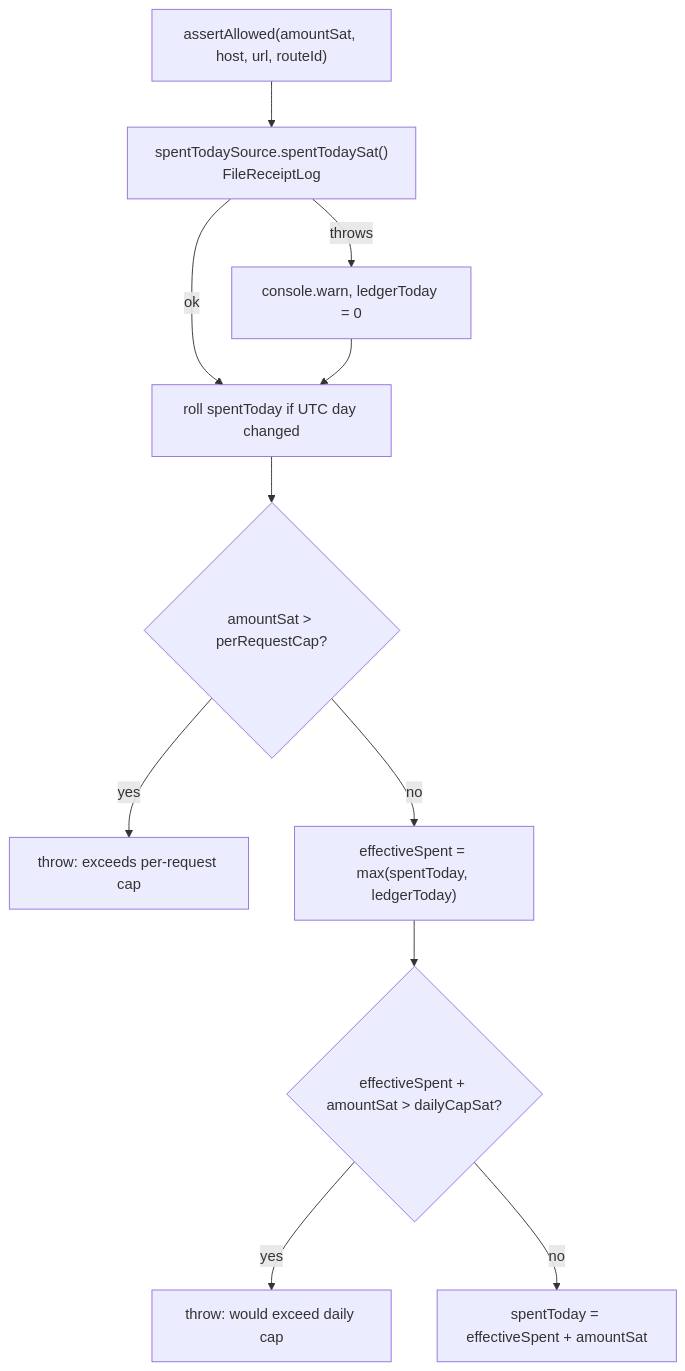
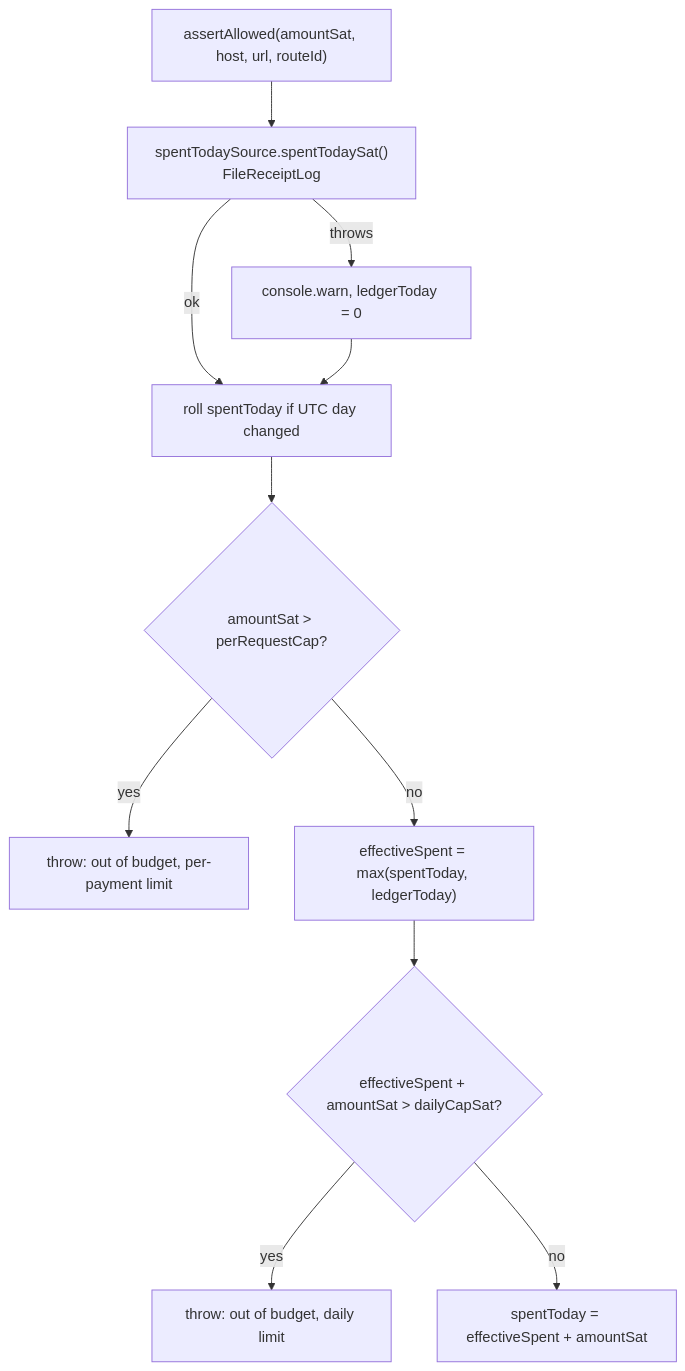
Before and after one commit to lightninglabs/pi-402: the seventh of 9 diagrams in docs/architecture.md, drawn with Mermaid. The commit also changed 6 other files, not shown here.

````diff
--- a/docs/architecture.md
+++ b/docs/architecture.md
@@ -375,13 +375,13 @@
 ```mermaid
 flowchart TD
     A["assertAllowed(amountSat, host, url, routeId)"] --> B["spentTodaySource.spentTodaySat()<br/>FileReceiptLog"]
     B -->|"throws"| B2["console.warn, ledgerToday = 0"]
     B -->|"ok"| C["roll spentToday if UTC day changed"]
     B2 --> C
     C --> D{"amountSat > perRequestCap?"}
-    D -->|"yes"| X["throw: exceeds per-request cap"]
+    D -->|"yes"| X["throw: out of budget, per-payment limit"]
     D -->|"no"| E["effectiveSpent = max(spentToday, ledgerToday)"]
     E --> F{"effectiveSpent + amountSat > dailyCapSat?"}
-    F -->|"yes"| Y["throw: would exceed daily cap"]
+    F -->|"yes"| Y["throw: out of budget, daily limit"]
     F -->|"no"| G["spentToday = effectiveSpent + amountSat"]
 ```
````
